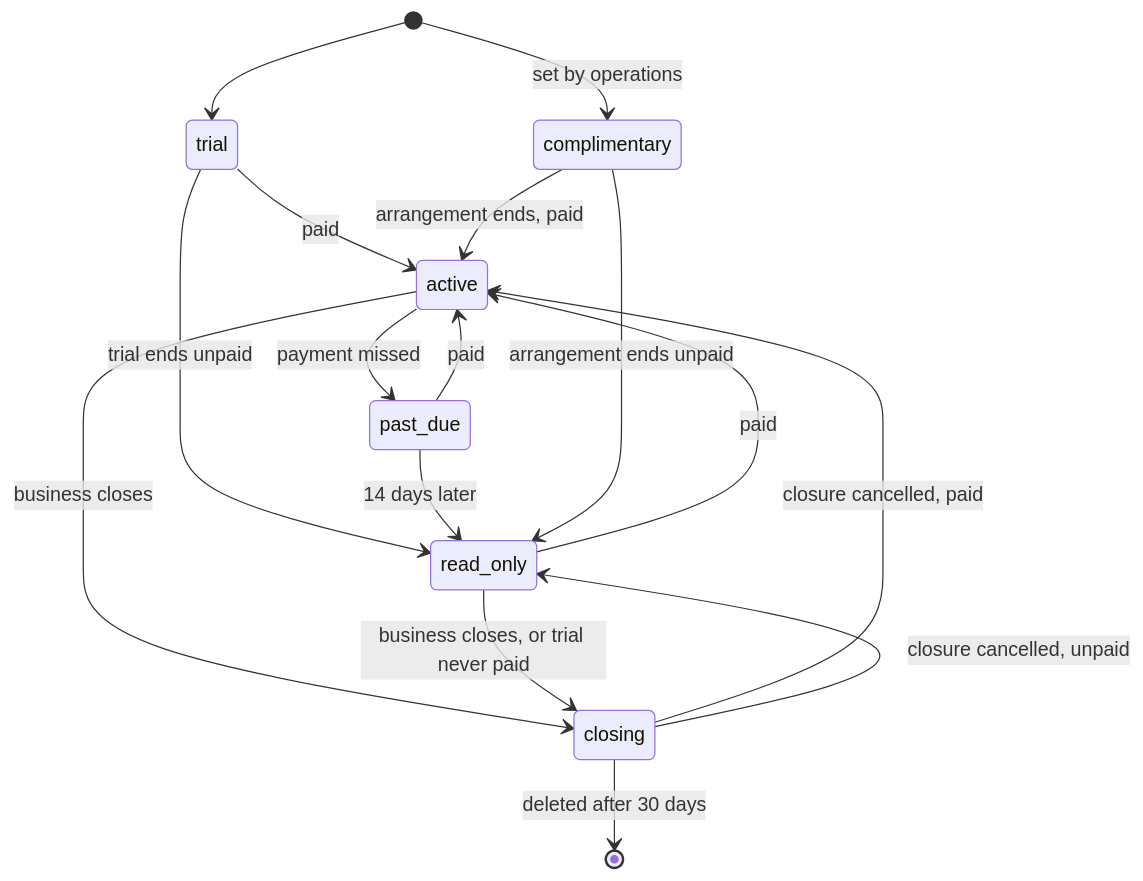
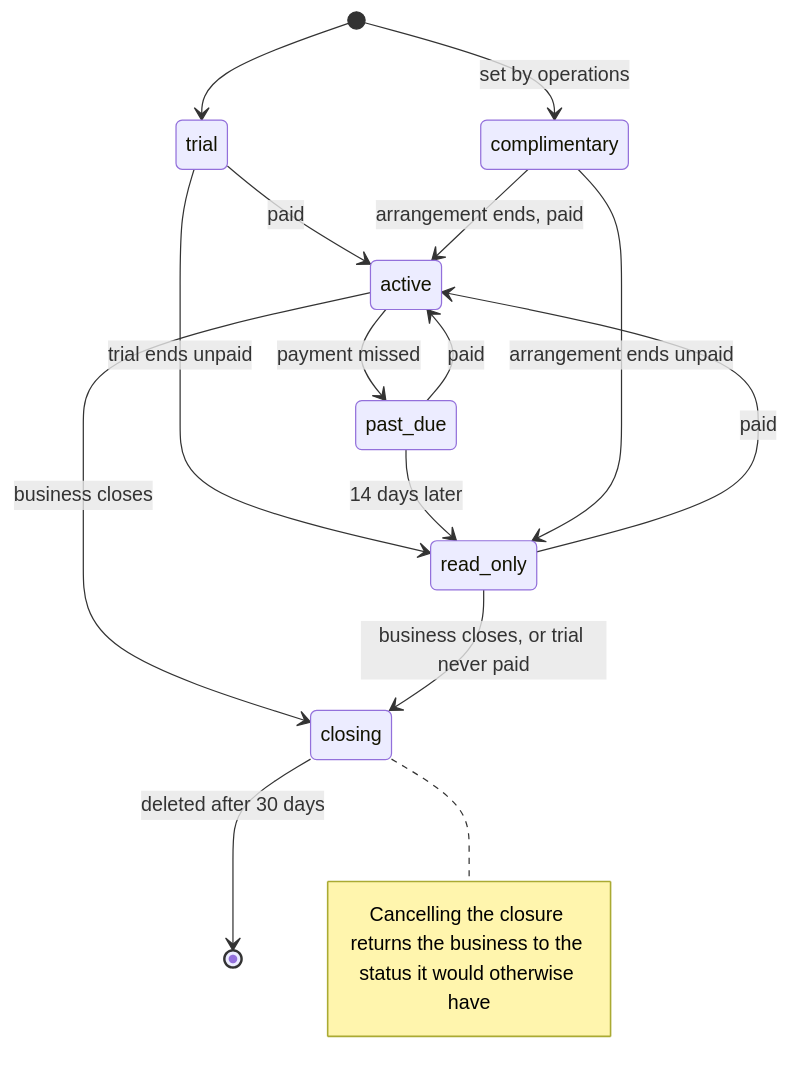
One commit to signboard-works/signboard changed the diagram in docs/engineering/decisions/0047-sign-up-plans-and-billing.md. Above: the diagram before and after it, drawn with Mermaid. The commit also changed other lines of this file and 3 other files, not shown here.

````diff
--- a/docs/engineering/decisions/0047-sign-up-plans-and-billing.md
+++ b/docs/engineering/decisions/0047-sign-up-plans-and-billing.md
@@ -63,18 +63,17 @@
 ```mermaid
 stateDiagram-v2
     [*] --> trial
     [*] --> complimentary: set by operations
     trial --> active: paid
     trial --> read_only: trial ends unpaid
     active --> past_due: payment missed
     past_due --> active: paid
     past_due --> read_only: 14 days later
     read_only --> active: paid
     complimentary --> active: arrangement ends, paid
     complimentary --> read_only: arrangement ends unpaid
     active --> closing: business closes
     read_only --> closing: business closes, or trial never paid
-    closing --> active: closure cancelled, paid
-    closing --> read_only: closure cancelled, unpaid
     closing --> [*]: deleted after 30 days
+    note right of closing: Cancelling the closure returns the business to the status it would otherwise have
 ```
````
